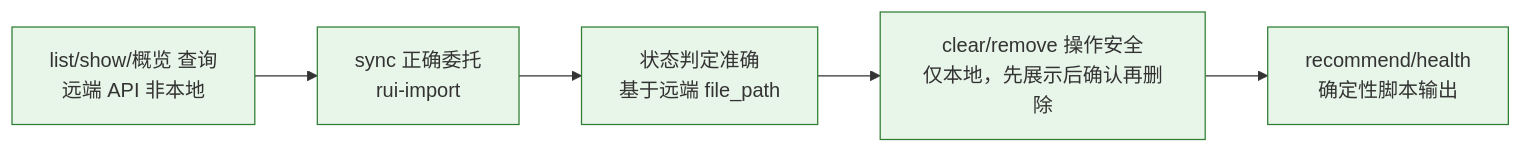
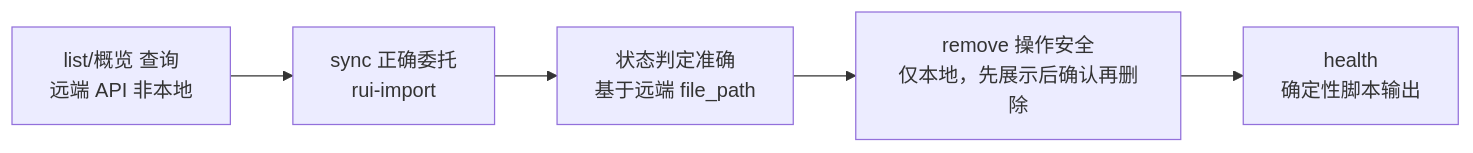
Diagram 11 of 12 in skills/rui-story/SKILL.md (effiy/YrY), drawn with Mermaid before and after one commit. The commit also changed other lines of this file and 61 other files, not shown here.

````diff
--- a/skills/rui-story/SKILL.md
+++ b/skills/rui-story/SKILL.md
@@ -535,10 +329,9 @@
 ```mermaid
 flowchart LR
-    F1["list/show/概览 查询<br/>远端 API 非本地"]:::sig
+    F1["list/概览 查询<br/>远端 API 非本地"]:::sig
     F1 --> F2["sync 正确委托<br/>rui-import"]:::sig
     F2 --> F3["状态判定准确<br/>基于远端 file_path"]:::sig
-    F3 --> F4["clear/remove 操作安全<br/>仅本地，先展示后确认再删除"]:::sig
-    F4 --> F5["recommend/health<br/>确定性脚本输出"]:::sig
+    F3 --> F4["remove 操作安全<br/>仅本地，先展示后确认再删除"]:::sig
+    F4 --> F5["health<br/>确定性脚本输出"]:::sig
 
-    classDef sig fill:#e8f5e9,stroke:#2e7d32;
 ```
````
